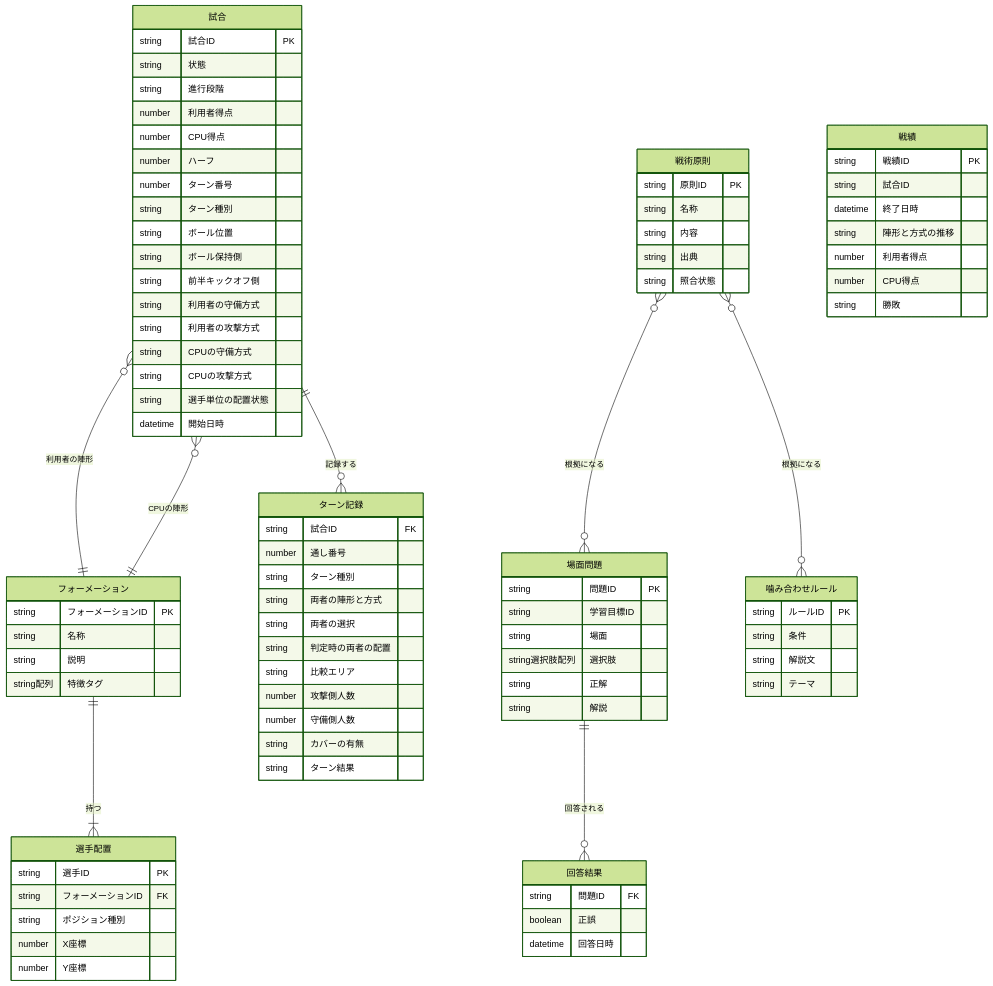
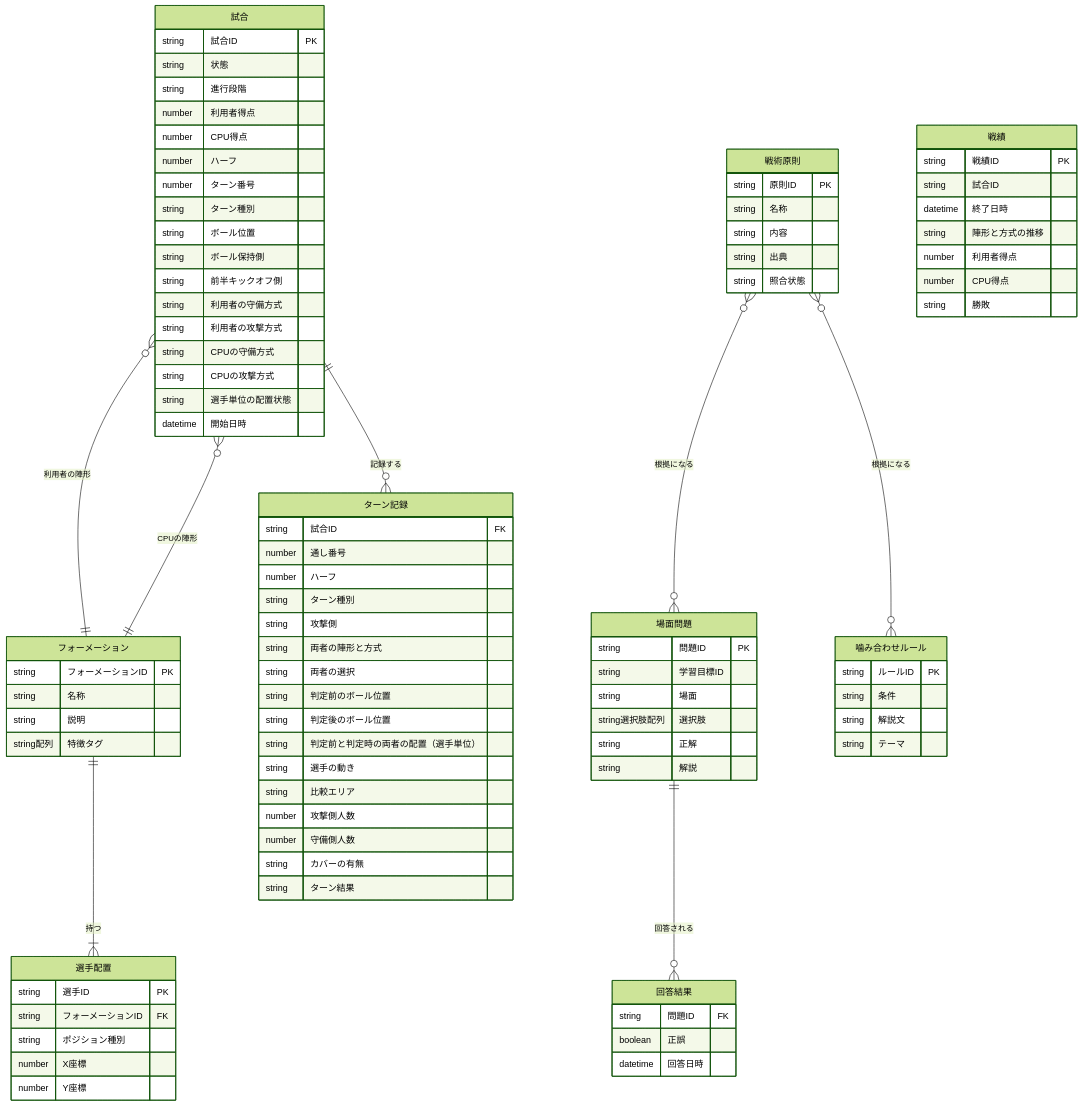
One commit to n-yata/soccer-sim changed the second of 4 diagrams in docs/specs/1_requirements/functional-overview.md. Above: the diagram before and after it, drawn with Mermaid (forest theme). The commit also changed other lines of this file and 14 other files, not shown here.

```diff
--- a/docs/specs/1_requirements/functional-overview.md
+++ b/docs/specs/1_requirements/functional-overview.md
@@ -127,10 +128,15 @@
     ターン記録 {
         string 試合ID FK
         number 通し番号
+        number ハーフ
         string ターン種別
+        string 攻撃側
         string 両者の陣形と方式
         string 両者の選択
-        string 判定時の両者の配置
+        string 判定前のボール位置
+        string 判定後のボール位置
+        string 判定前と判定時の両者の配置（選手単位）
+        string 選手の動き
         string 比較エリア
         number 攻撃側人数
         number 守備側人数
```
